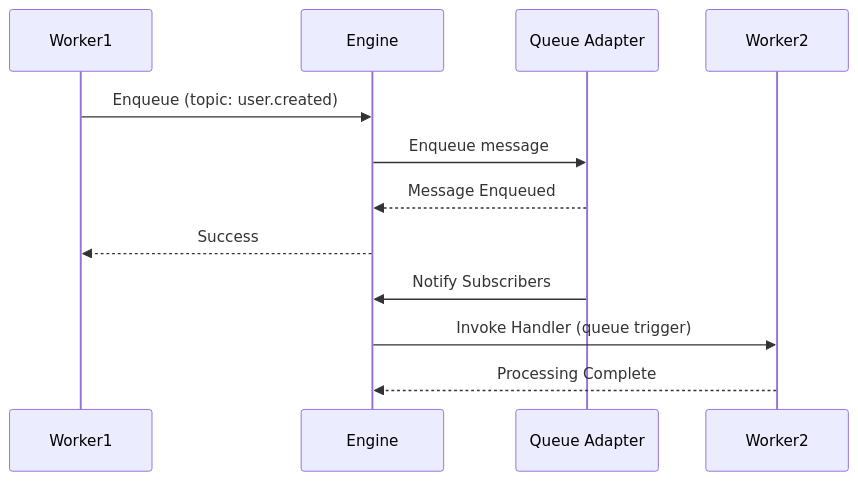
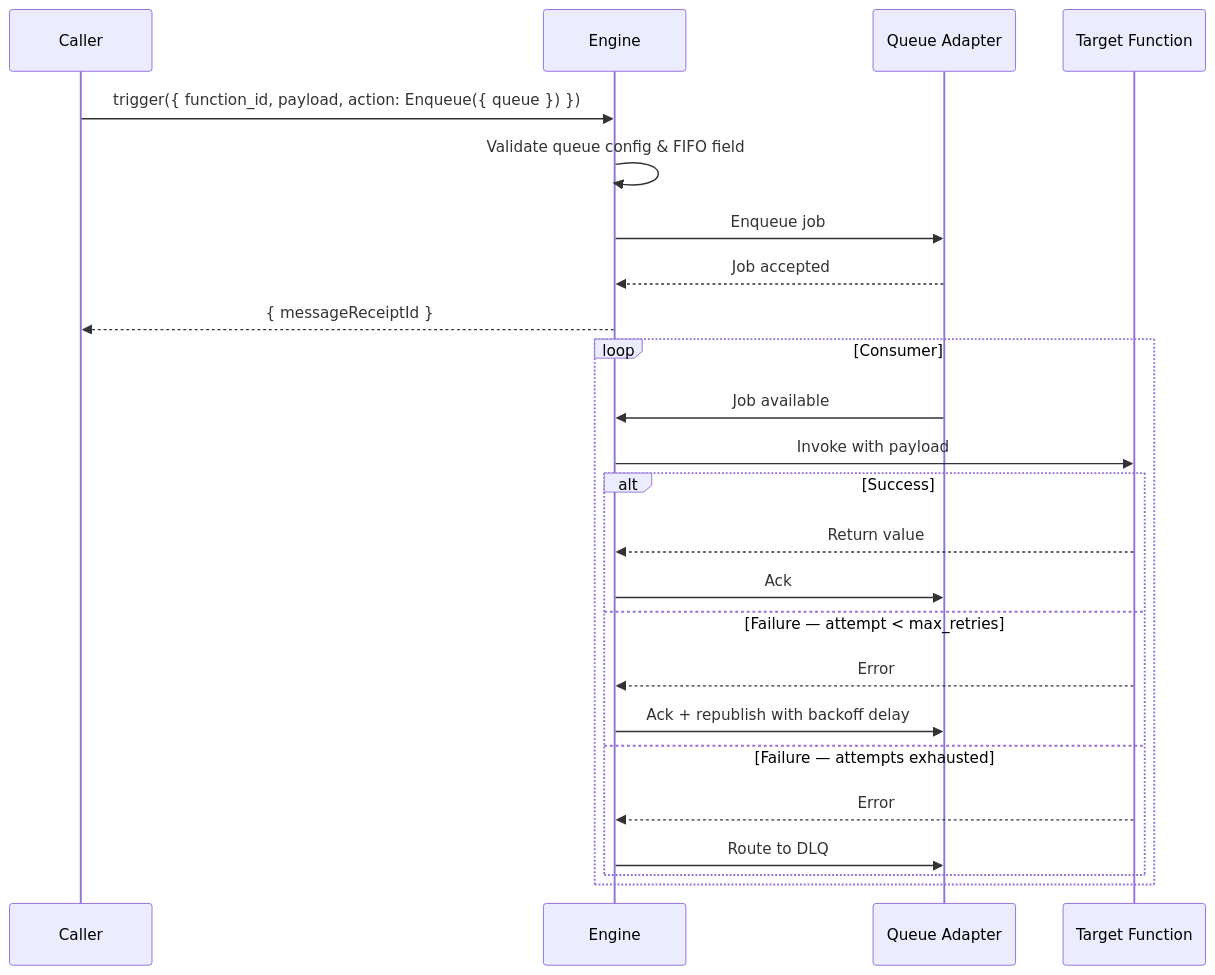
The diagram in docs/content/modules/module-queue.mdx (MotiaDev/motia), drawn with Mermaid before and after one commit. The commit also changed other lines of this file and 42 other files, not shown here.

````diff
--- a/docs/content/modules/module-queue.mdx
+++ b/docs/content/modules/module-queue.mdx
@@ -194,16 +172,28 @@
 ```mermaid
 sequenceDiagram
-    participant W1 as Worker1
+    participant C as Caller
     participant E as Engine
     participant Q as Queue Adapter
-    participant W2 as Worker2
+    participant F as Target Function
 
-    W1->>E: Enqueue (topic: user.created)
-    E->>Q: Enqueue message
-    Q-->>E: Message Enqueued
-    E-->>W1: Success
+    C->>E: trigger({ function_id, payload, action: Enqueue({ queue }) })
+    E->>E: Validate queue config & FIFO field
+    E->>Q: Enqueue job
+    Q-->>E: Job accepted
+    E-->>C: { messageReceiptId }
 
-    Q->>E: Notify Subscribers
-    E->>W2: Invoke Handler (queue trigger)
-    W2-->>E: Processing Complete
+    loop Consumer
+        Q->>E: Job available
+        E->>F: Invoke with payload
+        alt Success
+            F-->>E: Return value
+            E->>Q: Ack
+        else Failure — attempt < max_retries
+            F-->>E: Error
+            E->>Q: Ack + republish with backoff delay
+        else Failure — attempts exhausted
+            F-->>E: Error
+            E->>Q: Route to DLQ
+        end
+    end
 ```
````
